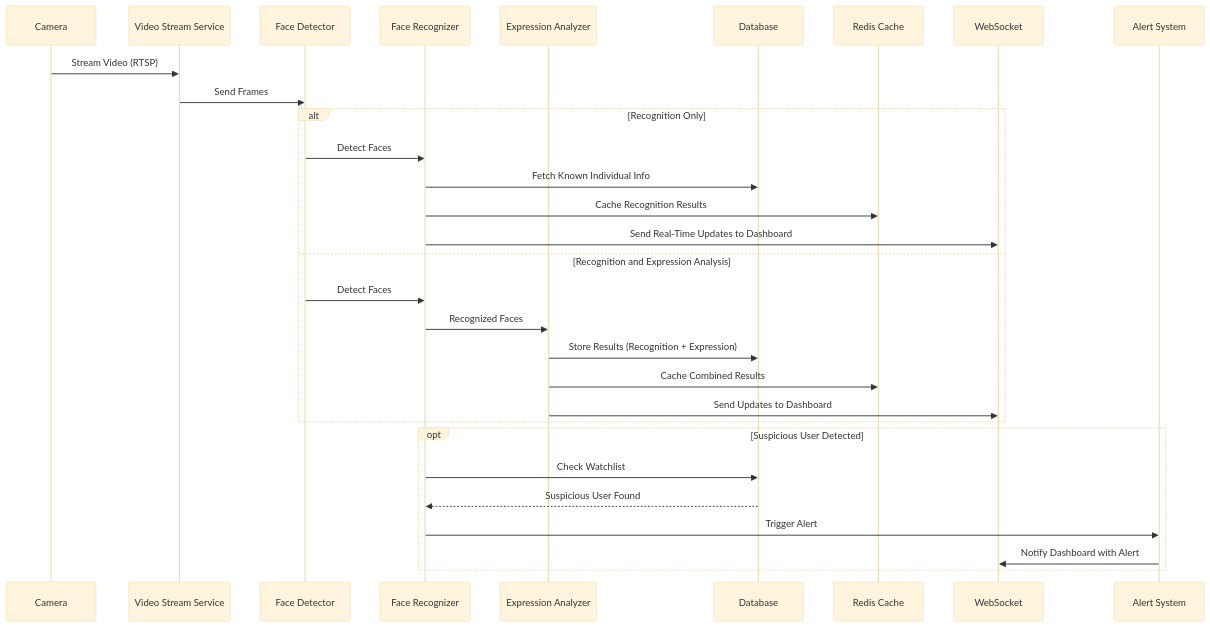
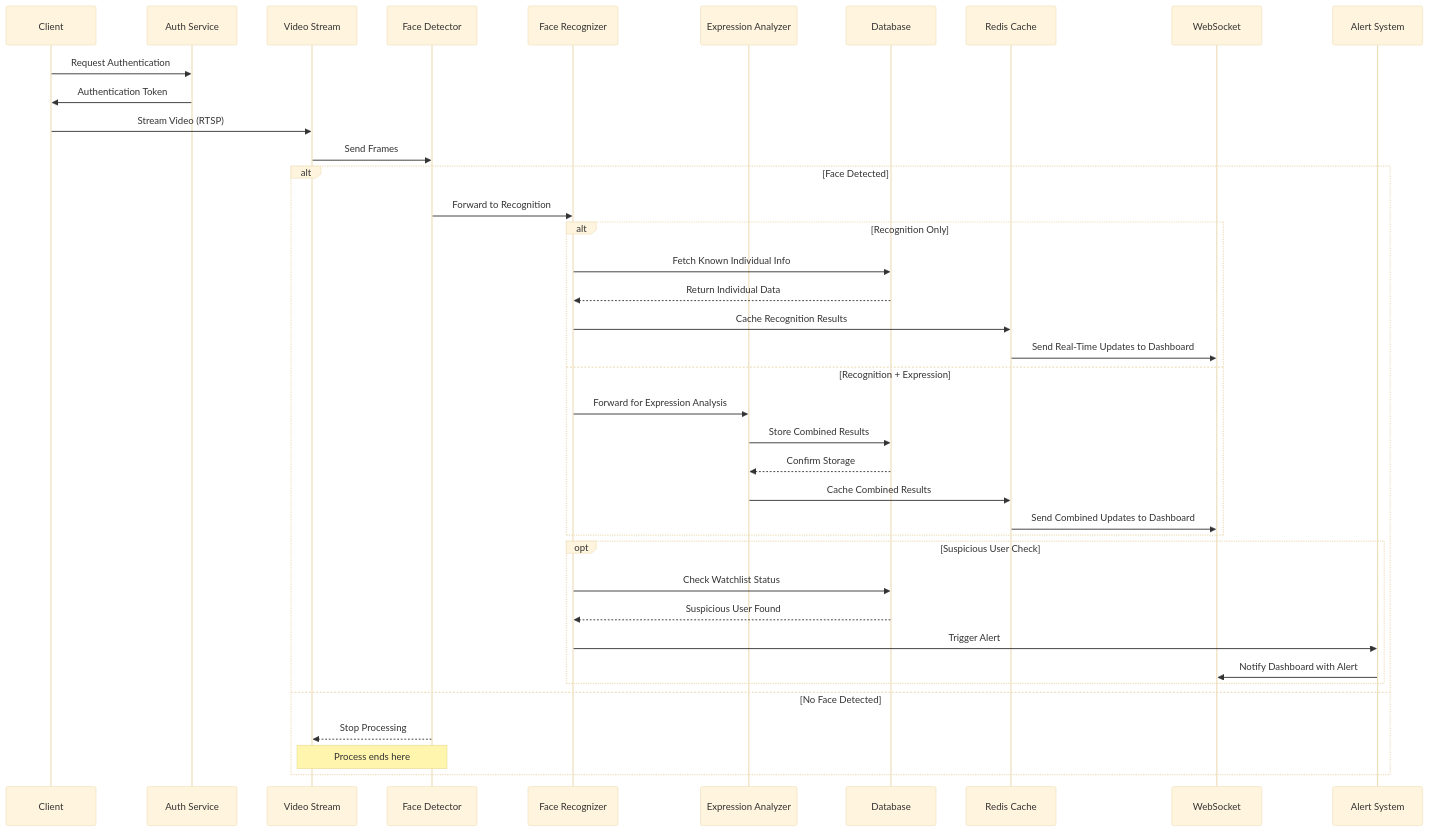
Before and after one commit to usanaphtal112/Rw-eye-01: the first of 2 diagrams in Documentations/rw_eye.md, drawn with Mermaid (base theme). The commit also changed other lines of this file, not shown here.

Commit message:
Modified documentation with alert system

````diff
--- a/Documentations/rw_eye.md
+++ b/Documentations/rw_eye.md
@@ -63,35 +61,48 @@
 ```mermaid
 sequenceDiagram
-    participant C as Camera
-    participant VS as Video Stream Service
+    participant C as Client
+    participant Auth as Auth Service
+    participant VS as Video Stream
     participant FD as Face Detector
     participant FR as Face Recognizer
     participant EA as Expression Analyzer
     participant DB as Database
     participant RC as Redis Cache
     participant WS as WebSocket
     participant AS as Alert System
 
+    C->>Auth: Request Authentication
+    Auth->>C: Authentication Token
+
     C->>VS: Stream Video (RTSP)
     VS->>FD: Send Frames
 
-    alt Recognition Only
-        FD->>FR: Detect Faces
-        FR->>DB: Fetch Known Individual Info
-        FR->>RC: Cache Recognition Results
-        FR->>WS: Send Real-Time Updates to Dashboard
-    else Recognition and Expression Analysis
-        FD->>FR: Detect Faces
-        FR->>EA: Recognized Faces
-        EA->>DB: Store Results (Recognition + Expression)
-        EA->>RC: Cache Combined Results
-        EA->>WS: Send Updates to Dashboard
+    alt Face Detected
+        FD->>FR: Forward to Recognition
+        
+        alt Recognition Only
+            FR->>DB: Fetch Known Individual Info
+            DB-->>FR: Return Individual Data
+            FR->>RC: Cache Recognition Results
+            RC->>WS: Send Real-Time Updates to Dashboard
+        else Recognition + Expression
+            FR->>EA: Forward for Expression Analysis
+            EA->>DB: Store Combined Results
+            DB-->>EA: Confirm Storage
+            EA->>RC: Cache Combined Results
+            RC->>WS: Send Combined Updates to Dashboard
+        end
+
+        opt Suspicious User Check
+            FR->>DB: Check Watchlist Status
+            DB-->>FR: Suspicious User Found
+            FR->>AS: Trigger Alert
+            AS->>WS: Notify Dashboard with Alert
+        end
+
+    else No Face Detected
+        FD-->>VS: Stop Processing
+        Note over FD,VS: Process ends here
     end
 
-    opt Suspicious User Detected
-        FR->>DB: Check Watchlist
-        DB-->>FR: Suspicious User Found
-        FR->>AS: Trigger Alert
-        AS->>WS: Notify Dashboard with Alert
-    end
 ```
````
